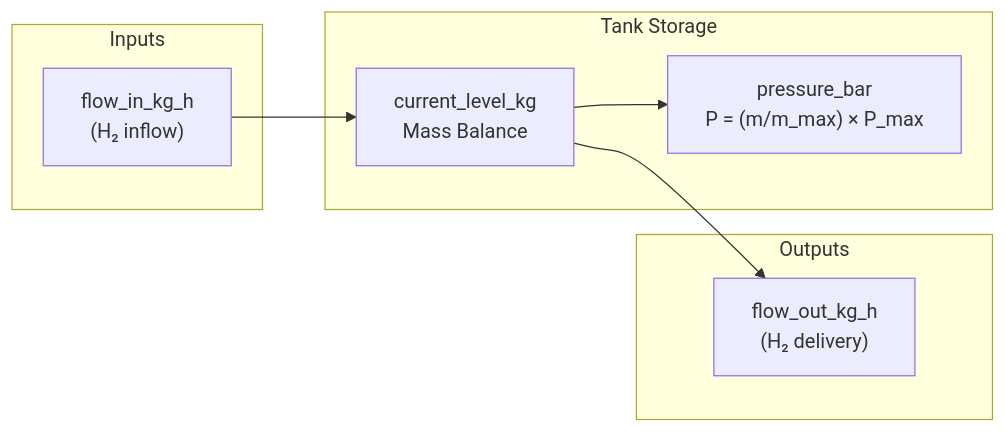
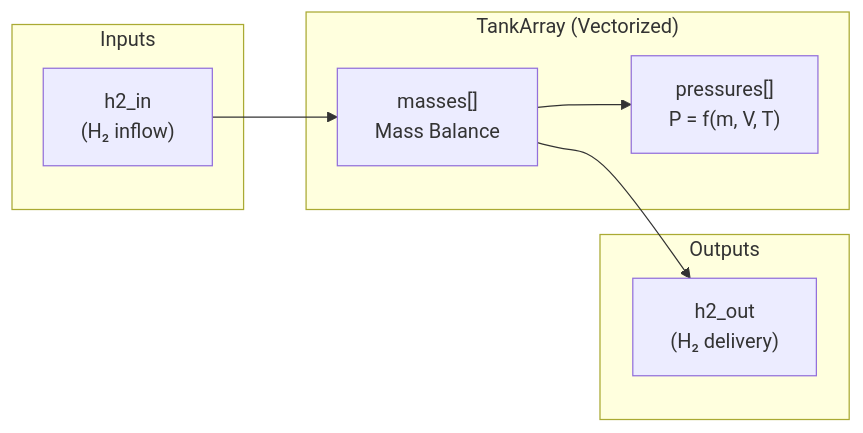
Before and after one commit to utczbr/h2_plant: the second of 5 diagrams in docs/diagrams/04_storage_component.md, drawn with Mermaid. The commit also changed other lines of this file and 8 other files, not shown here.

Commit message:
diagram att.

````diff
--- a/docs/diagrams/04_storage_component.md
+++ b/docs/diagrams/04_storage_component.md
@@ -33,19 +33,19 @@
 ```mermaid
 flowchart LR
     subgraph Inputs
-        FlowIn["flow_in_kg_h<br/>(H₂ inflow)"]
+        H2In["h2_in<br/>(H₂ inflow)"]
     end
     
-    subgraph Tank["Tank Storage"]
-        Level["current_level_kg<br/>Mass Balance"]
-        Pressure["pressure_bar<br/>P = (m/m_max) × P_max"]
+    subgraph Tank["TankArray (Vectorized)"]
+        Level["masses[]<br/>Mass Balance"]
+        Pressure["pressures[]<br/>P = f(m, V, T)"]
     end
     
     subgraph Outputs
-        FlowOut["flow_out_kg_h<br/>(H₂ delivery)"]
+        H2Out["h2_out<br/>(H₂ delivery)"]
     end
     
-    FlowIn --> Level
+    H2In --> Level
     Level --> Pressure
-    Level --> FlowOut
+    Level --> H2Out
 ```
````
